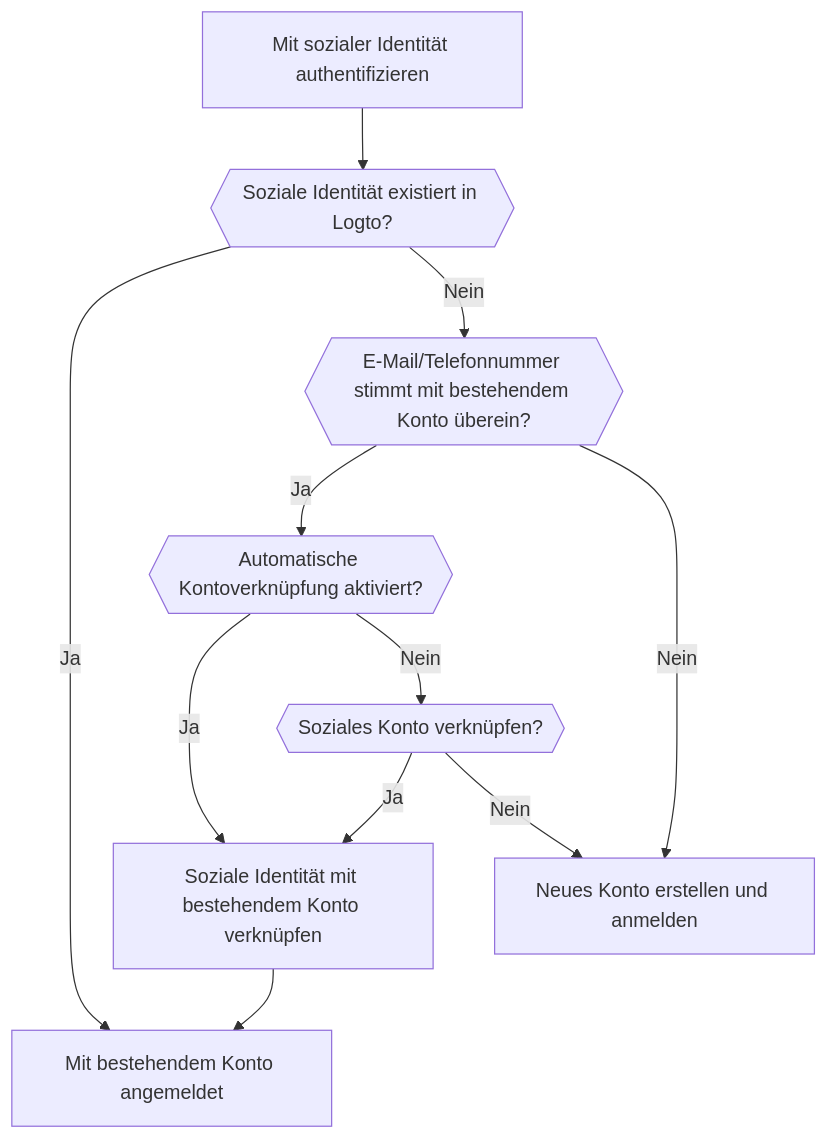
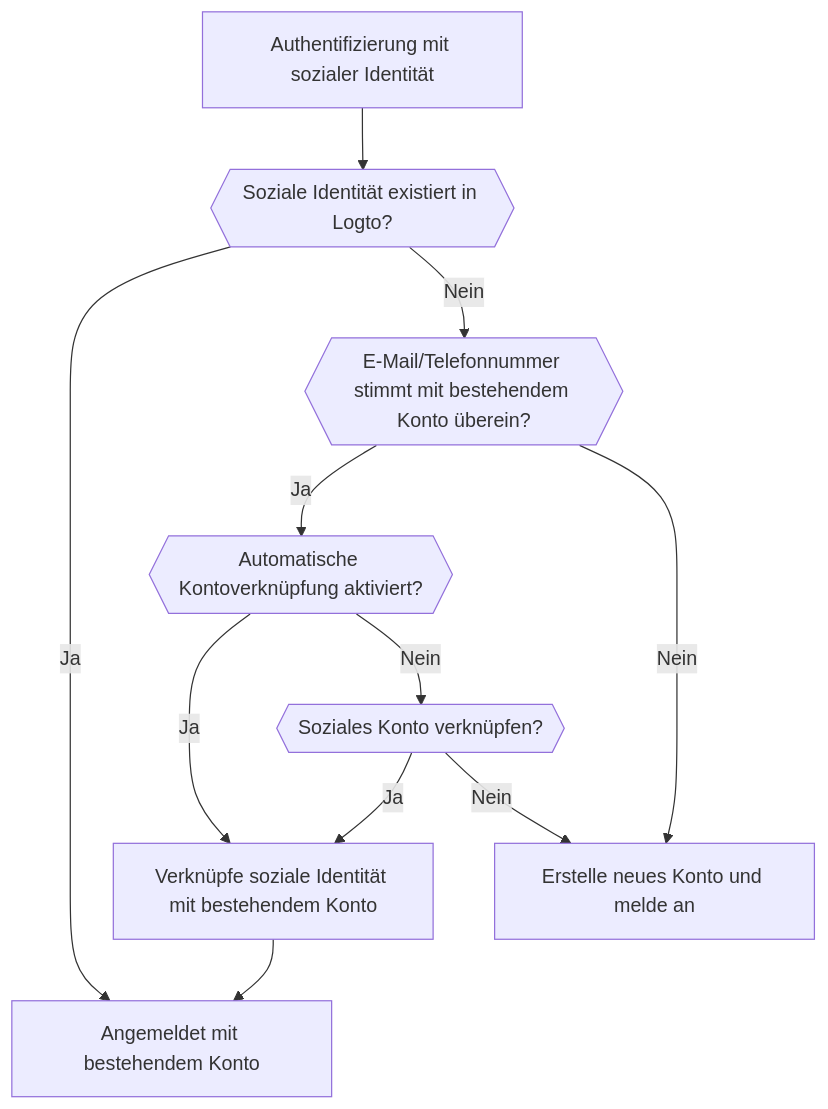
One commit to logto-io/docs changed the third of 5 diagrams in i18n/de/docusaurus-plugin-content-docs/current/end-user-flows/sign-up-and-sign-in/social-sign-in.mdx. Above: the diagram before and after it, drawn with Mermaid. The commit also changed other lines of this file and 428 other files, not shown here.

````diff
--- a/i18n/de/docusaurus-plugin-content-docs/current/end-user-flows/sign-up-and-sign-in/social-sign-in.mdx
+++ b/i18n/de/docusaurus-plugin-content-docs/current/end-user-flows/sign-up-and-sign-in/social-sign-in.mdx
@@ -99,13 +102,13 @@
     ```mermaid
     flowchart TD
-    A[Mit sozialer Identität authentifizieren] --> B{{Soziale Identität existiert in Logto?}}
-    B -- Ja --> C[Mit bestehendem Konto angemeldet]
+    A[Authentifizierung mit sozialer Identität] --> B{{Soziale Identität existiert in Logto?}}
+    B -- Ja --> C[Angemeldet mit bestehendem Konto]
     B -- Nein --> D{{E-Mail/Telefonnummer stimmt mit bestehendem Konto überein?}}
     D -- Ja --> E{{Automatische Kontoverknüpfung aktiviert?}}
-    E -- Ja --> G[Soziale Identität mit bestehendem Konto verknüpfen]
+    E -- Ja --> G[Verknüpfe soziale Identität mit bestehendem Konto]
     G --> C
-    D -- Nein --> H[Neues Konto erstellen und anmelden]
+    D -- Nein --> H[Erstelle neues Konto und melde an]
     E -- Nein --> I{{Soziales Konto verknüpfen?}}
     I -- Ja --> G
     I -- Nein --> H
     ```
````
